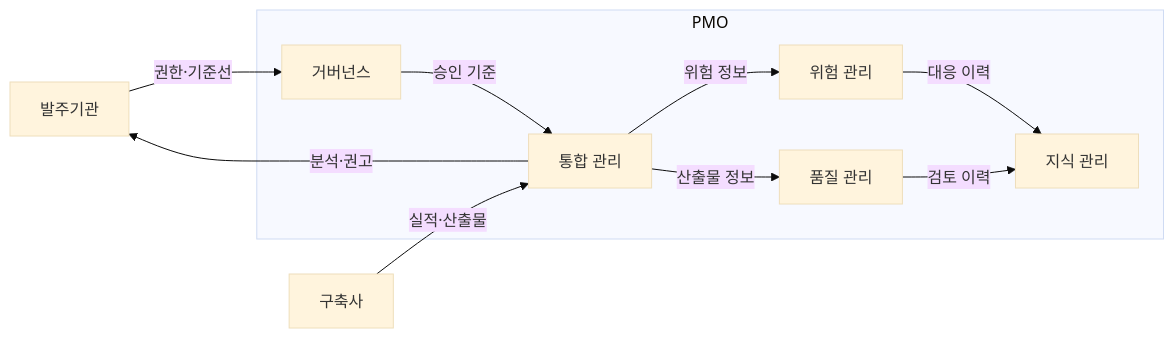
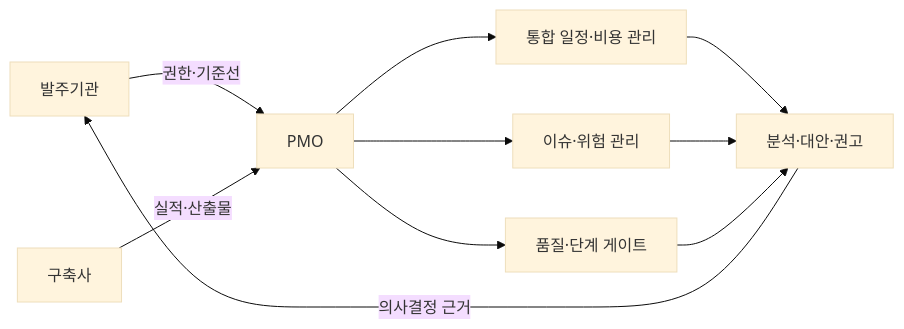
One commit to agnusdei1207/knowledge-base changed the first of 2 diagrams in src/content/docs/notes/03-software/191_pmo.md. Above: the diagram before and after it, drawn with Mermaid (base theme). The commit also changed other lines of this file and 7 other files, not shown here.

````diff
--- a/src/content/docs/notes/03-software/191_pmo.md
+++ b/src/content/docs/notes/03-software/191_pmo.md
@@ -54,20 +50,12 @@
 ```mermaid
 flowchart LR
-    O[발주기관]
-    V[구축사]
-    subgraph P[PMO]
-        G[거버넌스]
-        I[통합 관리]
-        R[위험 관리]
-        Q[품질 관리]
-        K[지식 관리]
-        G -->|승인 기준| I
-        I -->|위험 정보| R
-        I -->|산출물 정보| Q
-        R -->|대응 이력| K
-        Q -->|검토 이력| K
-    end
-    O -->|권한·기준선| G
-    V -->|실적·산출물| I
-    I -->|분석·권고| O
+    O[발주기관] -->|권한·기준선| P[PMO]
+    V[구축사] -->|실적·산출물| P
+    P --> I[통합 일정·비용 관리]
+    P --> R[이슈·위험 관리]
+    P --> Q[품질·단계 게이트]
+    I --> D[분석·대안·권고]
+    R --> D
+    Q --> D
+    D -->|의사결정 근거| O
 ```
````
